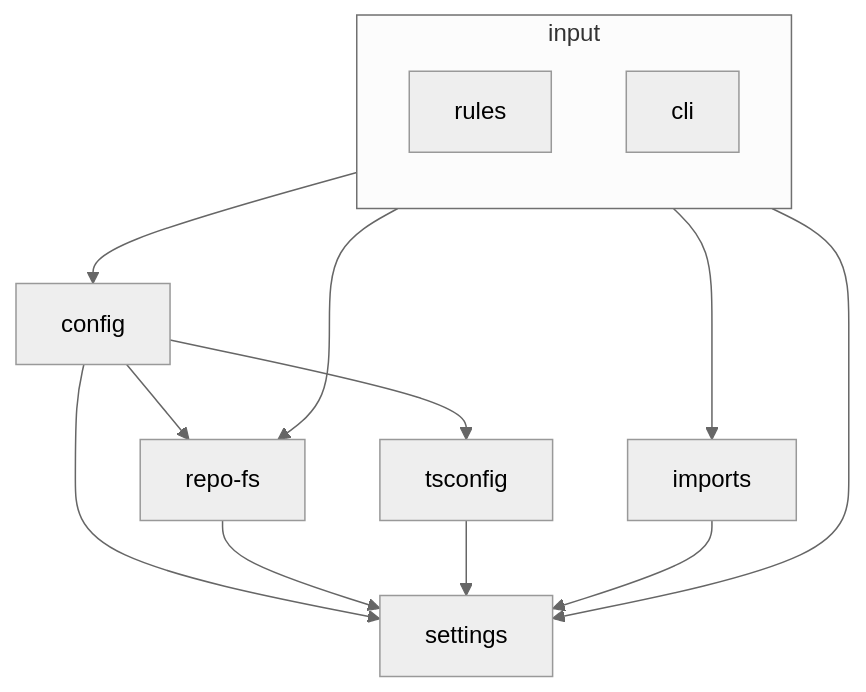
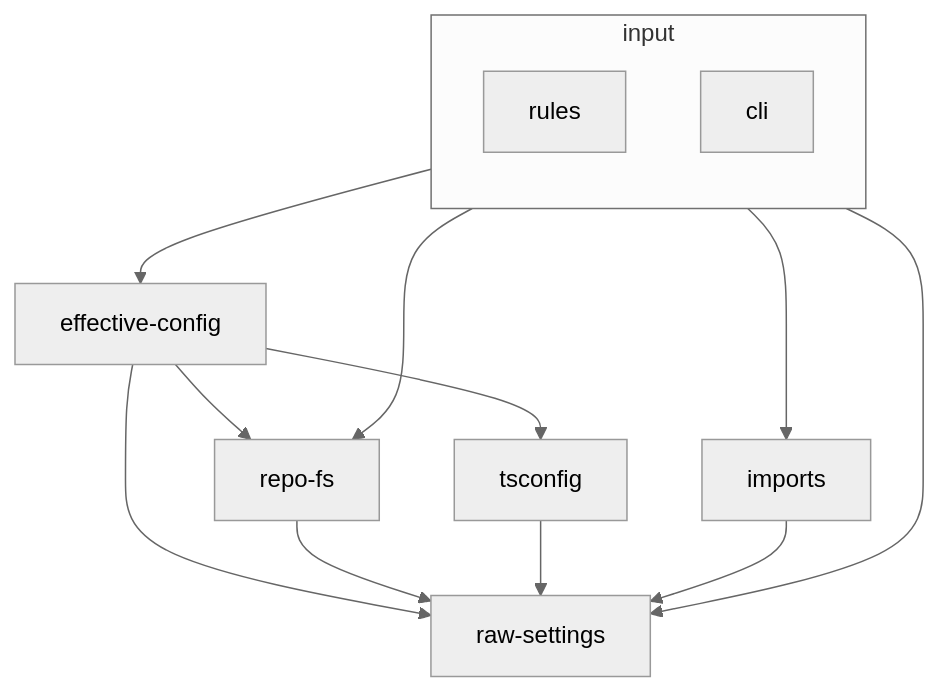
One commit to jt4d-lab/weld changed the diagram in src/dependencies.md. Above: the diagram before and after it, drawn with Mermaid (neutral theme). The commit also changed 22 other files, not shown here.

````diff
--- a/src/dependencies.md
+++ b/src/dependencies.md
@@ -3,31 +3,31 @@
 ```mermaid
 flowchart TD
     subgraph input
         direction TB
 
         rules
 
         cli
     end
 
     tsconfig
     imports
-    config
-    settings
+    effectiveConfig["effective-config"]
+    rawSettings["raw-settings"]
     repoFs["repo-fs"]
 
-    input --> config
-    input --> settings
+    input --> effectiveConfig
+    input --> rawSettings
     input --> imports
     input --> repoFs
 
-    config --> settings
-    config --> tsconfig
-    config --> repoFs
+    effectiveConfig --> rawSettings
+    effectiveConfig --> tsconfig
+    effectiveConfig --> repoFs
 
-    repoFs --> settings
+    repoFs --> rawSettings
 
-    tsconfig --> settings
+    tsconfig --> rawSettings
 
-    imports --> settings
+    imports --> rawSettings
 ```
````
